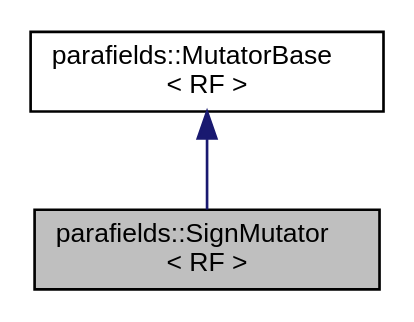
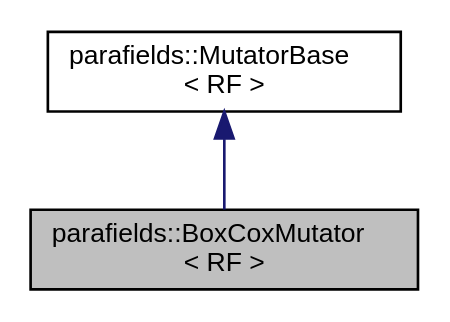
One commit to parafields/parafields-core changed the diagram in a01049.dot. Above: the diagram before and after it, drawn with Graphviz. The commit also changed 251 other files, not shown here.

```diff
--- a/a01049.dot
+++ b/a01049.dot
@@ -1,9 +1,9 @@
-digraph "parafields::SignMutator&lt; RF &gt;"
+digraph "parafields::BoxCoxMutator&lt; RF &gt;"
 {
  // LATEX_PDF_SIZE
   edge [fontname="Helvetica",fontsize="10",labelfontname="Helvetica",labelfontsize="10"];
   node [fontname="Helvetica",fontsize="10",shape=record];
-  Node1 [label="parafields::SignMutator\l\< RF \>",height=0.2,width=0.4,color="black", fillcolor="grey75", style="filled", fontcolor="black",tooltip="Replaces value with its sign (-1 for negative, +1 for nonnegative)"];
+  Node1 [label="parafields::BoxCoxMutator\l\< RF \>",height=0.2,width=0.4,color="black", fillcolor="grey75", style="filled", fontcolor="black",tooltip="Applies the Box-Cox transformation to the data values."];
   Node2 -> Node1 [dir="back",color="midnightblue",fontsize="10",style="solid",fontname="Helvetica"];
-  Node2 [label="parafields::MutatorBase\l\< RF \>",height=0.2,width=0.4,color="black", fillcolor="white", style="filled",URL="$a01034.html",tooltip="Abstract base class for value transformations."];
+  Node2 [label="parafields::MutatorBase\l\< RF \>",height=0.2,width=0.4,color="black", fillcolor="white", style="filled",URL="$a01030.html",tooltip="Abstract base class for value transformations."];
 }
```
